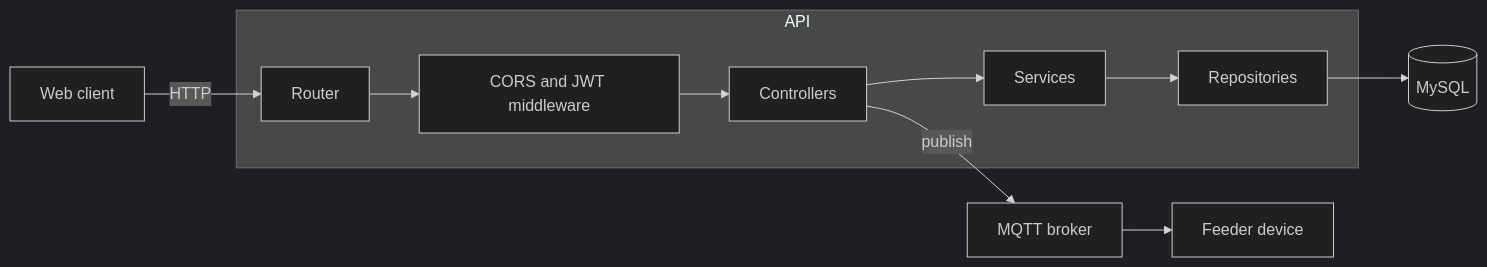
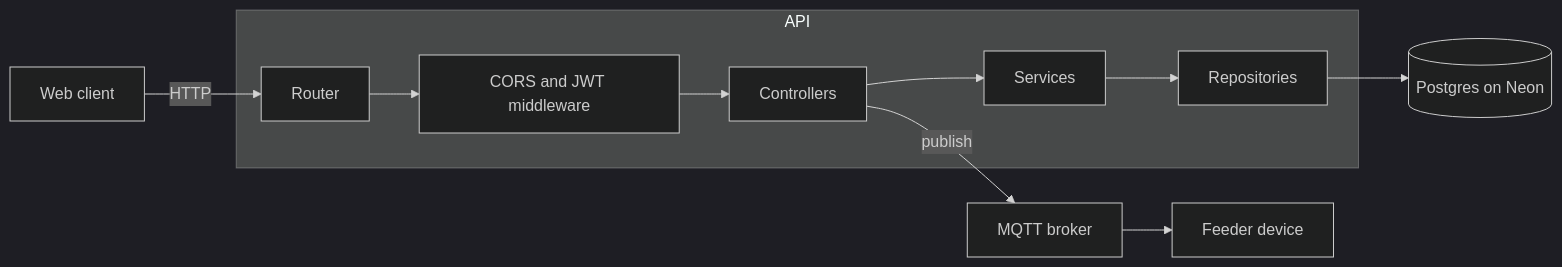
The diagram in README.md (Yisuslalala/feeder-backend), drawn with Mermaid (dark theme) before and after one commit. The commit also changed other lines of this file and 4 other files, not shown here.

First line of the commit message:
chore: remove MySQL schema, RDS cert and committed binary

````diff
--- a/README.md
+++ b/README.md
@@ -19,13 +19,13 @@
 ```mermaid
 flowchart LR
     Client[Web client] -->|HTTP| Router
     subgraph API
         Router --> Middleware[CORS and JWT middleware]
         Middleware --> Controllers
         Controllers --> Services
         Services --> Repositories
     end
-    Repositories --> MySQL[(MySQL)]
+    Repositories --> Postgres[(Postgres on Neon)]
     Controllers -->|publish| Broker[MQTT broker]
     Broker --> Device[Feeder device]
 ```
````
